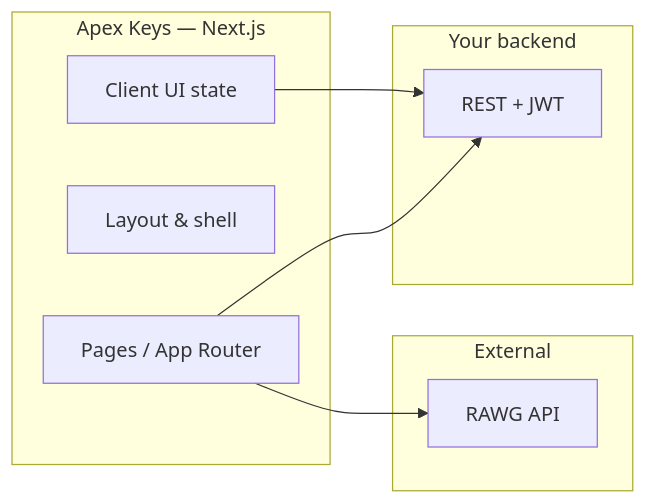
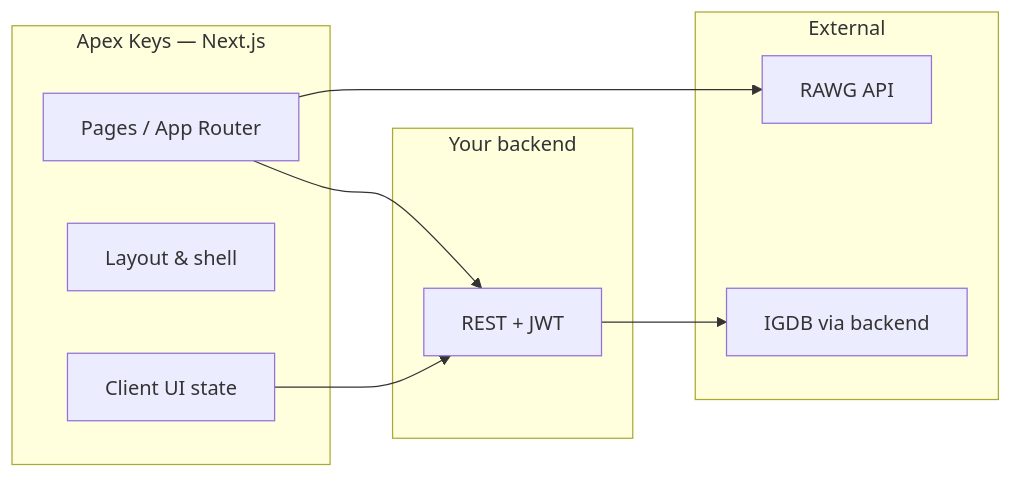
The diagram in README.md (sidnei-almeida/apex-keys-website), drawn with Mermaid before and after one commit. The commit also changed other lines of this file and 16 other files, not shown here.

````diff
--- a/README.md
+++ b/README.md
@@ -80,17 +80,19 @@
 ```mermaid
 flowchart LR
   subgraph Client["Apex Keys — Next.js"]
     P[Pages / App Router]
     L[Layout & shell]
     C[Client UI state]
   end
   subgraph External["External"]
     RAWG[RAWG API]
+    IGDB[IGDB via backend]
   end
   subgraph API["Your backend"]
     REST[REST + JWT]
   end
   P --> REST
   C --> REST
   P --> RAWG
+  REST --> IGDB
 ```
````
